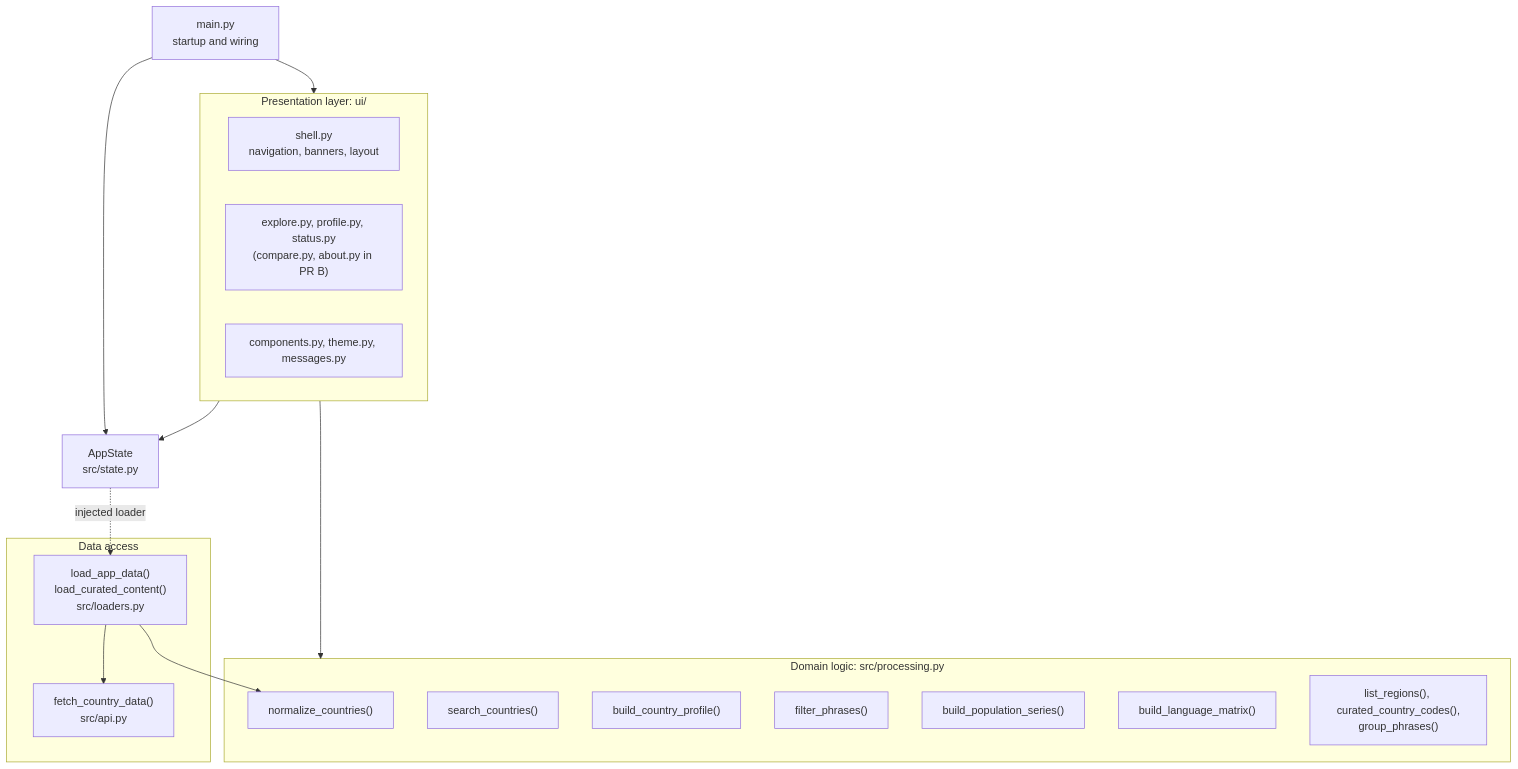
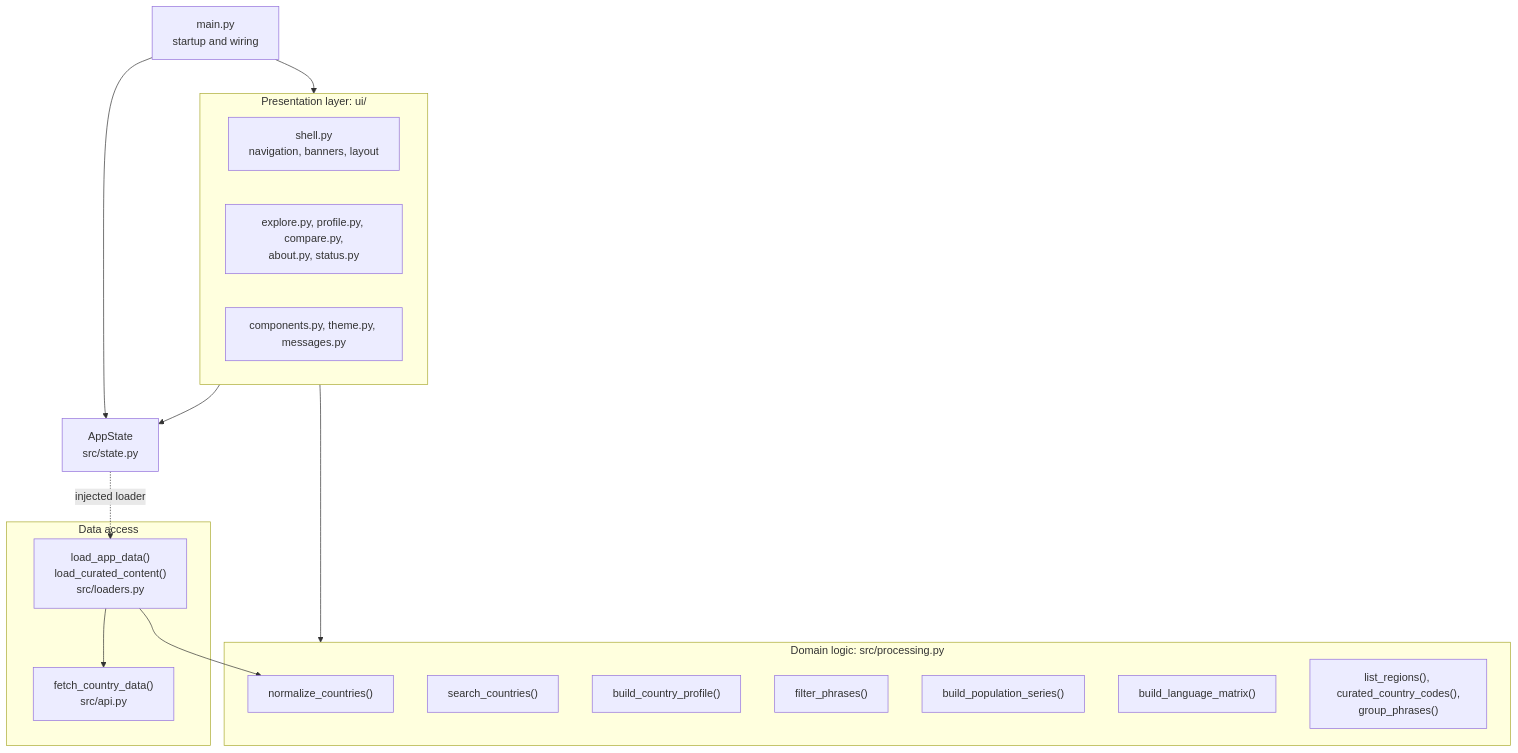
One commit to jordondraper/culture-quest changed the second of 5 diagrams in docs/architecture.md. Above: the diagram before and after it, drawn with Mermaid. The commit also changed other lines of this file and 8 other files, not shown here.

First line of the commit message:
docs: update architecture for Compare and About (#21)

````diff
--- a/docs/architecture.md
+++ b/docs/architecture.md
@@ -57,34 +57,34 @@
 ```mermaid
 flowchart TB
     main["main.py<br/>startup and wiring"]
     state["AppState<br/>src/state.py"]
 
     subgraph presentation["Presentation layer: ui/"]
         shell["shell.py<br/>navigation, banners, layout"]
-        views["explore.py, profile.py, status.py<br/>(compare.py, about.py in PR B)"]
+        views["explore.py, profile.py, compare.py,<br/>about.py, status.py"]
         uiparts["components.py, theme.py, messages.py"]
     end
 
     subgraph domain["Domain logic: src/processing.py"]
         normalize["normalize_countries()"]
         search["search_countries()"]
         profile["build_country_profile()"]
         filterp["filter_phrases()"]
         popseries["build_population_series()"]
         langmatrix["build_language_matrix()"]
         helpers["list_regions(), curated_country_codes(),<br/>group_phrases()"]
     end
 
     subgraph dataaccess["Data access"]
         fetch["fetch_country_data()<br/>src/api.py"]
         load["load_app_data()<br/>load_curated_content()<br/>src/loaders.py"]
     end
 
     main --> state
     main --> presentation
     state -.->|"injected loader"| load
     load --> fetch
     load --> normalize
     presentation --> domain
     presentation --> state
 ```
````
